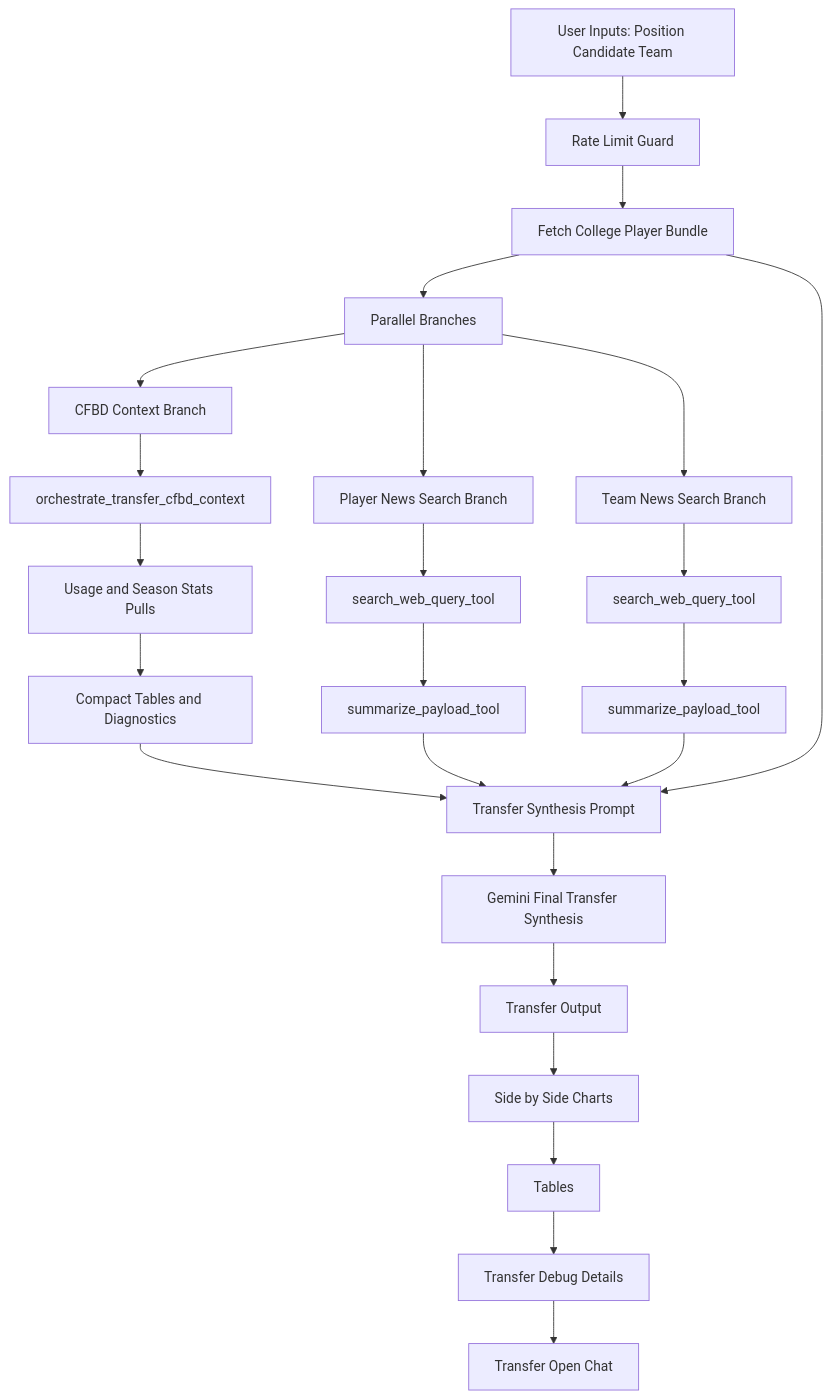
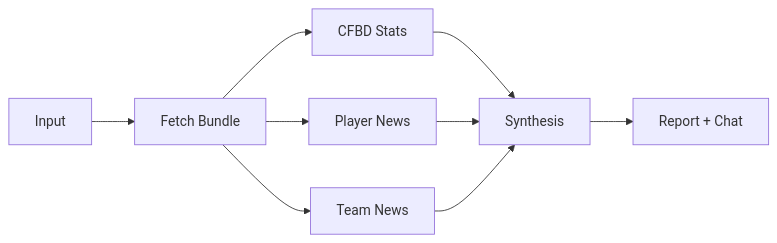
Before and after one commit to shaverm96/Gridiron-Intelligence: the second of 3 diagrams in report/report.qmd, drawn with Mermaid. The commit also changed other lines of this file and 16 other files, not shown here.

Commit message:
app improvements: cleaner markdown formatting, expanded summarization context, improved and centralized web queries. Report finalization and enhancement.

````diff
--- a/report/report.qmd
+++ b/report/report.qmd
@@ -73,32 +94,9 @@
 ```{mermaid}
-flowchart TD
-    A[User Inputs: Position Candidate Team] --> B[Rate Limit Guard]
-    B --> C[Fetch College Player Bundle]
-
-    C --> D[Parallel Branches]
-    D --> D1[CFBD Context Branch]
-    D --> D2[Player News Search Branch]
-    D --> D3[Team News Search Branch]
-
-    D1 --> E1[orchestrate_transfer_cfbd_context]
-    E1 --> E2[Usage and Season Stats Pulls]
-    E2 --> E3[Compact Tables and Diagnostics]
-
-    D2 --> F1[search_web_query_tool]
-    F1 --> F2[summarize_payload_tool]
-
-    D3 --> G1[search_web_query_tool]
-    G1 --> G2[summarize_payload_tool]
-
-    E3 --> H[Transfer Synthesis Prompt]
-    F2 --> H
-    G2 --> H
-    C --> H
-
-    H --> I[Gemini Final Transfer Synthesis]
-    I --> J[Transfer Output]
-    J --> K[Side by Side Charts]
-    K --> L[Tables]
-    L --> M[Transfer Debug Details]
-    M --> N[Transfer Open Chat]
+flowchart LR
+  A[Input] --> B[Fetch Bundle]
+  B --> D[CFBD Stats]
+  B --> E[Player News]
+  B --> F[Team News]
+  D & E & F --> G[Synthesis]
+  G --> H[Report + Chat]
 ```
````
